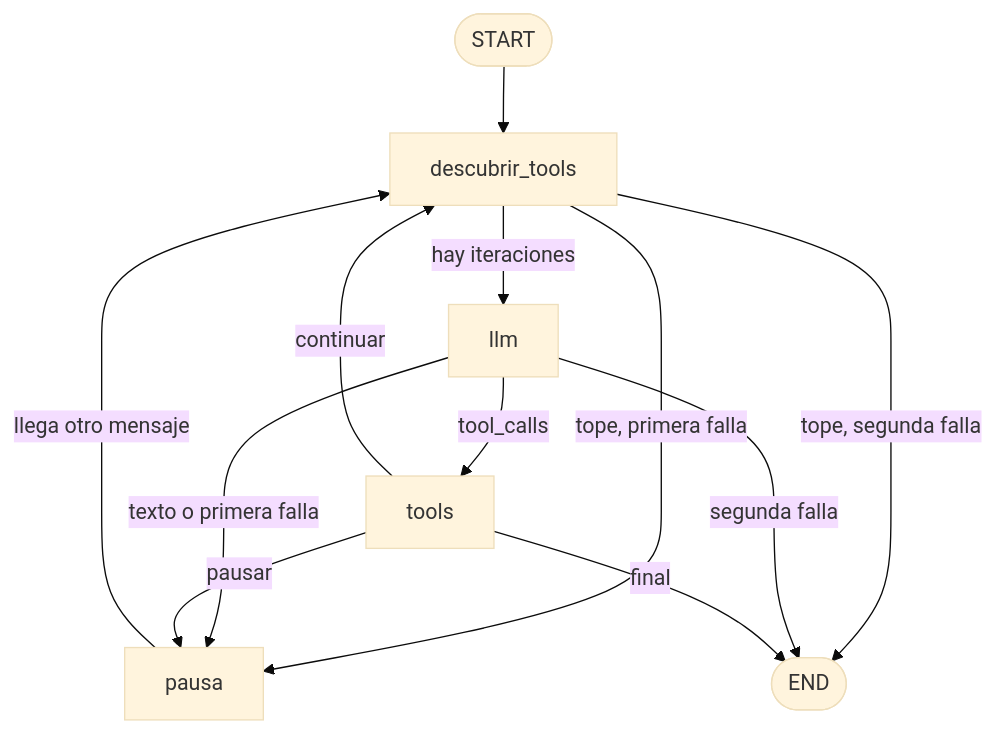
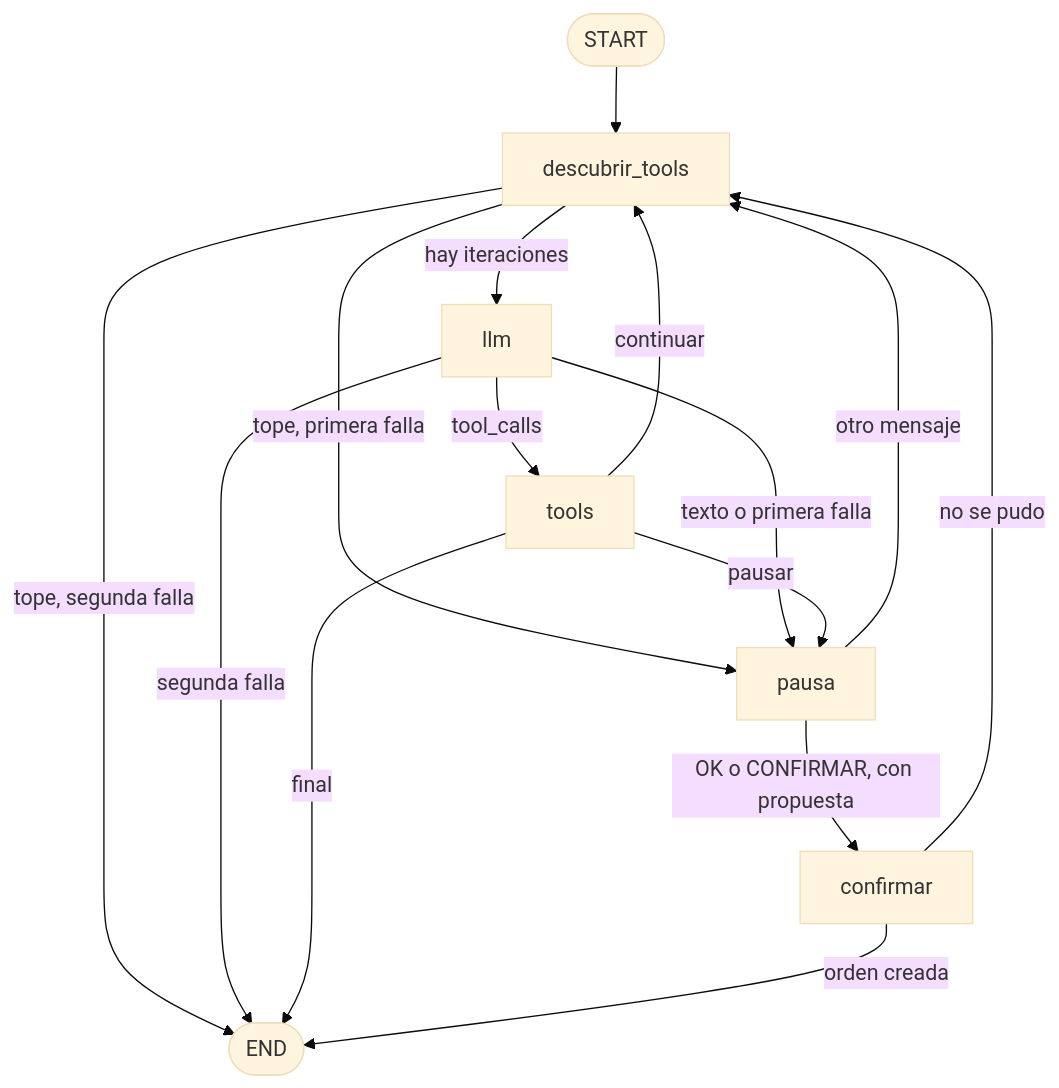
One commit to FernandoMRestelli/norma-agentic-ai changed the third of 4 diagrams in docs/spec/agente.md. Above: the diagram before and after it, drawn with Mermaid (base theme). The commit also changed other lines of this file and 22 other files, not shown here.

````diff
--- a/docs/spec/agente.md
+++ b/docs/spec/agente.md
@@ -174,14 +171,17 @@
 ```mermaid
 flowchart TD
     S([START]) --> D[descubrir_tools]
     D -->|hay iteraciones| L[llm]
     D -->|tope, primera falla| P[pausa]
     D -->|tope, segunda falla| E([END])
     L -->|tool_calls| T[tools]
     L -->|texto o primera falla| P
     L -->|segunda falla| E
     T -->|continuar| D
     T -->|pausar| P
     T -->|final| E
-    P -->|llega otro mensaje| D
+    P -->|otro mensaje| D
+    P -->|OK o CONFIRMAR, con propuesta| C[confirmar]
+    C -->|orden creada| E
+    C -->|no se pudo| D
 ```
````
